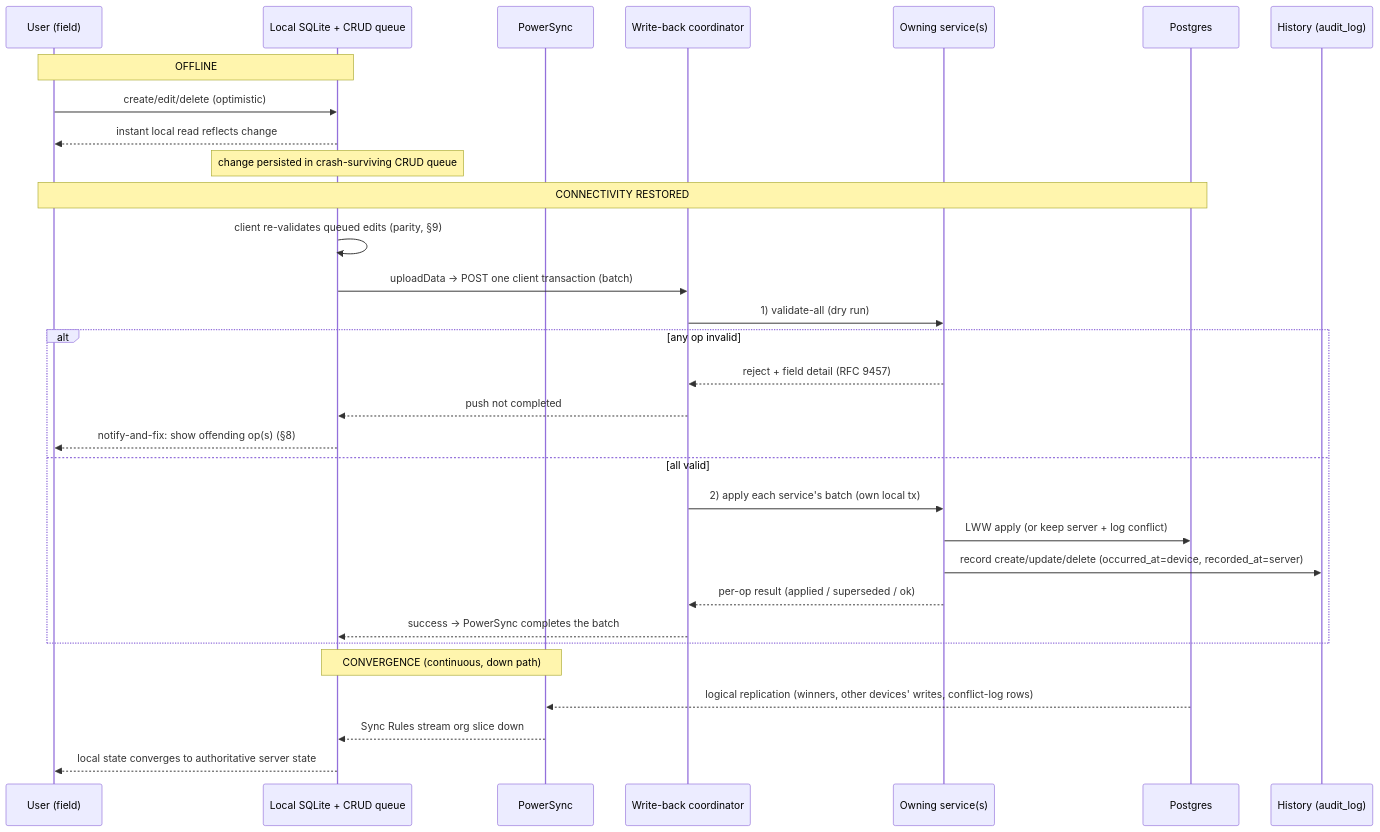
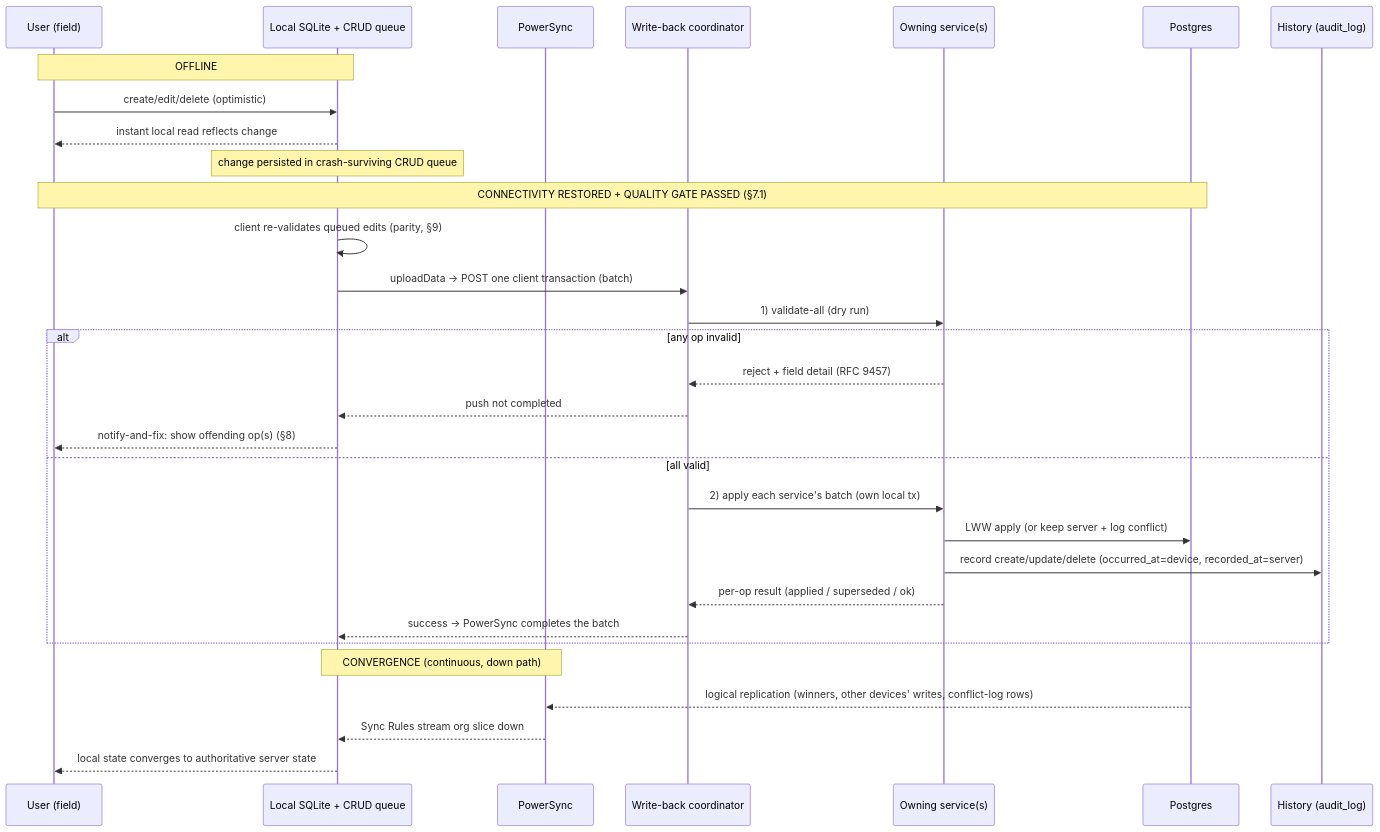
Before and after one commit to TiagoJVO/beekeepingit: the diagram in docs/architecture/sync.md, drawn with Mermaid. The commit also changed other lines of this file and 2 other files, not shown here.

First line of the commit message:
docs(sync): FR-OF-3 connection-quality-gated sync (measure link quality before pushing)

````diff
--- a/docs/architecture/sync.md
+++ b/docs/architecture/sync.md
@@ -338,36 +340,36 @@
 ```mermaid
 sequenceDiagram
     participant U as User (field)
     participant L as Local SQLite + CRUD queue
     participant PS as PowerSync
     participant C as Write-back coordinator
     participant S as Owning service(s)
     participant PG as Postgres
     participant H as History (audit_log)
 
     Note over U,L: OFFLINE
     U->>L: create/edit/delete (optimistic)
     L-->>U: instant local read reflects change
     Note over L: change persisted in crash-surviving CRUD queue
 
-    Note over U,PG: CONNECTIVITY RESTORED
+    Note over U,PG: CONNECTIVITY RESTORED + QUALITY GATE PASSED (§7.1)
     L->>L: client re-validates queued edits (parity, §9)
     L->>C: uploadData → POST one client transaction (batch)
     C->>S: 1) validate-all (dry run)
     alt any op invalid
         S-->>C: reject + field detail (RFC 9457)
         C-->>L: push not completed
         L-->>U: notify-and-fix: show offending op(s) (§8)
     else all valid
         C->>S: 2) apply each service's batch (own local tx)
         S->>PG: LWW apply (or keep server + log conflict)
         S->>H: record create/update/delete (occurred_at=device, recorded_at=server)
         S-->>C: per-op result (applied / superseded / ok)
         C-->>L: success → PowerSync completes the batch
     end
 
     Note over PS,L: CONVERGENCE (continuous, down path)
     PG-->>PS: logical replication (winners, other devices' writes, conflict-log rows)
     PS-->>L: Sync Rules stream org slice down
     L-->>U: local state converges to authoritative server state
 ```
````
